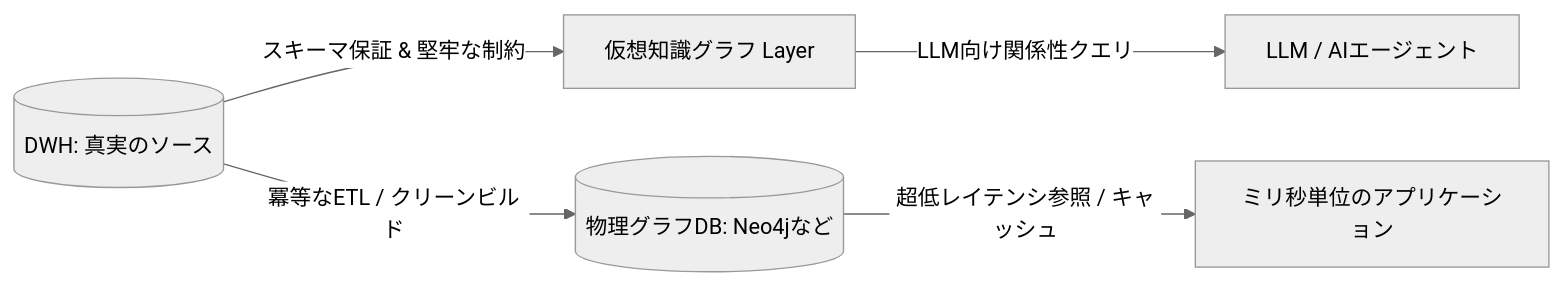
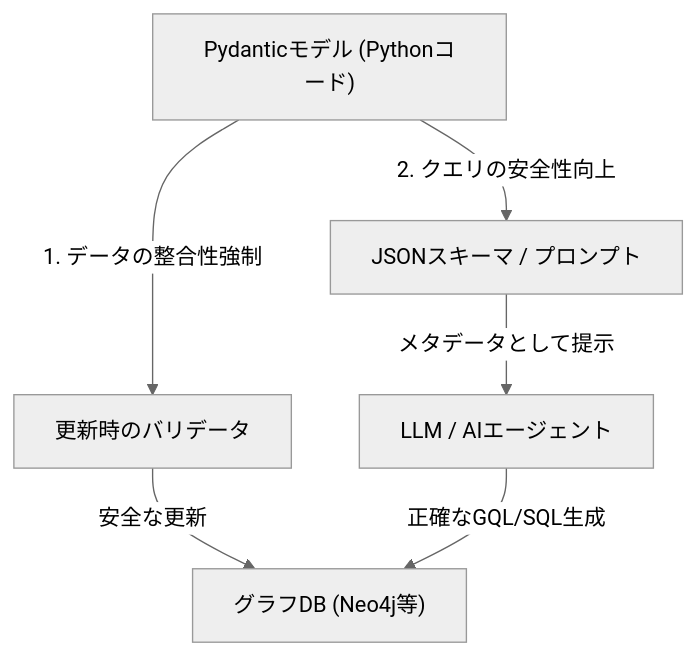
One commit to yohei1126/zenn changed the second of 2 diagrams in articles/2026-05-30-vkg-strategy3.md. Above: the diagram before and after it, drawn with Mermaid (neutral theme). The commit also changed other lines of this file, not shown here.

Commit message:
docs: add part 3 of virtual graph strategy series on schema management

````diff
--- a/articles/2026-05-30-vkg-strategy3.md
+++ b/articles/2026-05-30-vkg-strategy3.md
@@ -50,7 +91,9 @@
 ```mermaid
-graph LR
-    DWH[("DWH: 真実のソース")] -->|スキーマ保証 & 堅牢な制約| VKG["仮想知識グラフ Layer"]
-    DWH -->|冪等なETL / クリーンビルド| PDB[("物理グラフDB: Neo4jなど")]
-    PDB -->|超低レイテンシ参照 / キャッシュ| App["ミリ秒単位のアプリケーション"]
-    VKG -->|LLM向け関係性クエリ| LLM["LLM / AIエージェント"]
+graph TD
+    PydanticModel["Pydanticモデル (Pythonコード)"]
+    PydanticModel -->|1. データの整合性強制| WriteValidation["更新時のバリデータ"]
+    WriteValidation -->|安全な更新| GraphDB["グラフDB (Neo4j等)"]
+    PydanticModel -->|2. クエリの安全性向上| JSONSchema["JSONスキーマ / プロンプト"]
+    JSONSchema -->|メタデータとして提示| LLMAgent["LLM / AIエージェント"]
+    LLMAgent -->|正確なGQL/SQL生成| GraphDB
 ```
````
